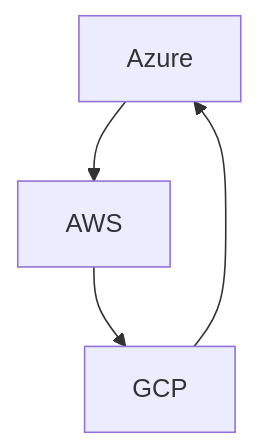
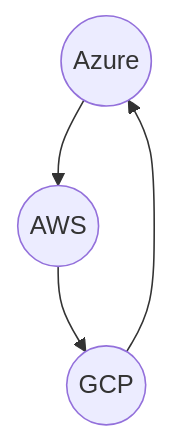
One commit to davidop/multi-cloud-templates changed the first of 5 diagrams in README.md. Above: the diagram before and after it, drawn with Mermaid. The commit also changed other lines of this file and 18 other files, not shown here.

Commit message:
Remove deprecated Azure, AWS, and GCP deployment and testing scripts; update README and documentation for multi-cloud integration and best practices.

````diff
--- a/README.md
+++ b/README.md
@@ -94,6 +94,6 @@
 ```mermaid
 graph TD
-  Azure --> AWS
-  AWS --> GCP
+  Azure((Azure)) --> AWS((AWS))
+  AWS --> GCP((GCP))
   GCP --> Azure
 ```
````
